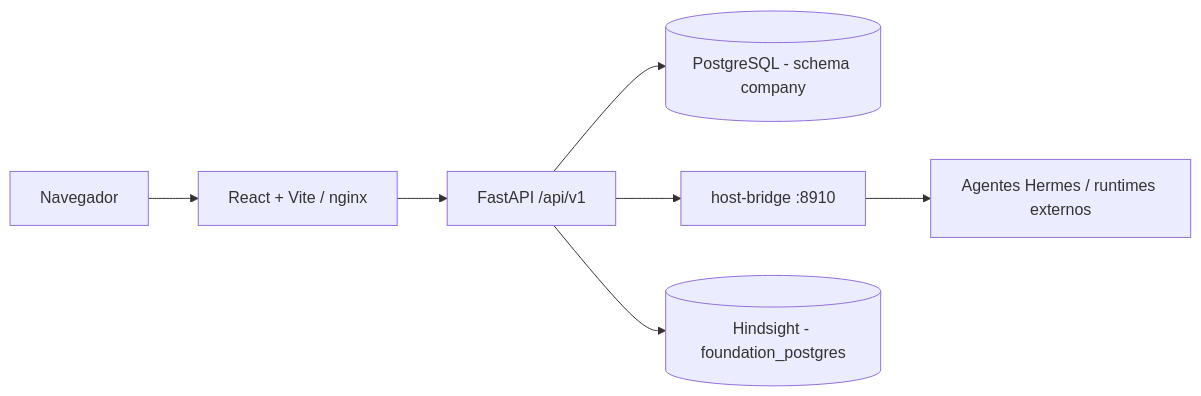
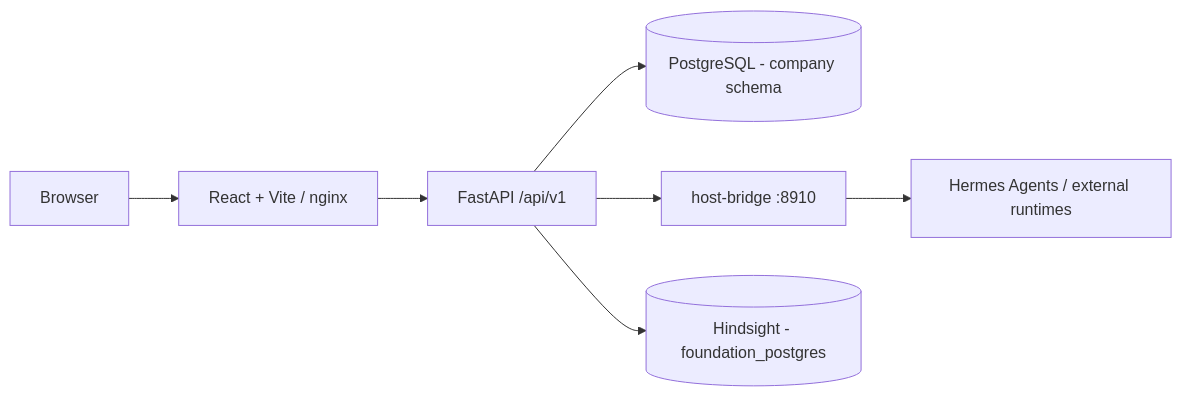
Before and after one commit to darckware/forgehub: the diagram in README.md, drawn with Mermaid. The commit also changed other lines of this file, not shown here.

````diff
--- a/README.md
+++ b/README.md
@@ -58,9 +58,9 @@
 ```mermaid
 flowchart LR
-    Client[Navegador] --> Frontend[React + Vite / nginx]
+    Client[Browser] --> Frontend[React + Vite / nginx]
     Frontend --> API[FastAPI /api/v1]
-    API --> DB[(PostgreSQL - schema company)]
+    API --> DB[(PostgreSQL - company schema)]
     API --> Bridge[host-bridge :8910]
-    Bridge --> Agents[Agentes Hermes / runtimes externos]
+    Bridge --> Agents[Hermes Agents / external runtimes]
     API --> Hindsight[(Hindsight - foundation_postgres)]
 ```
````
